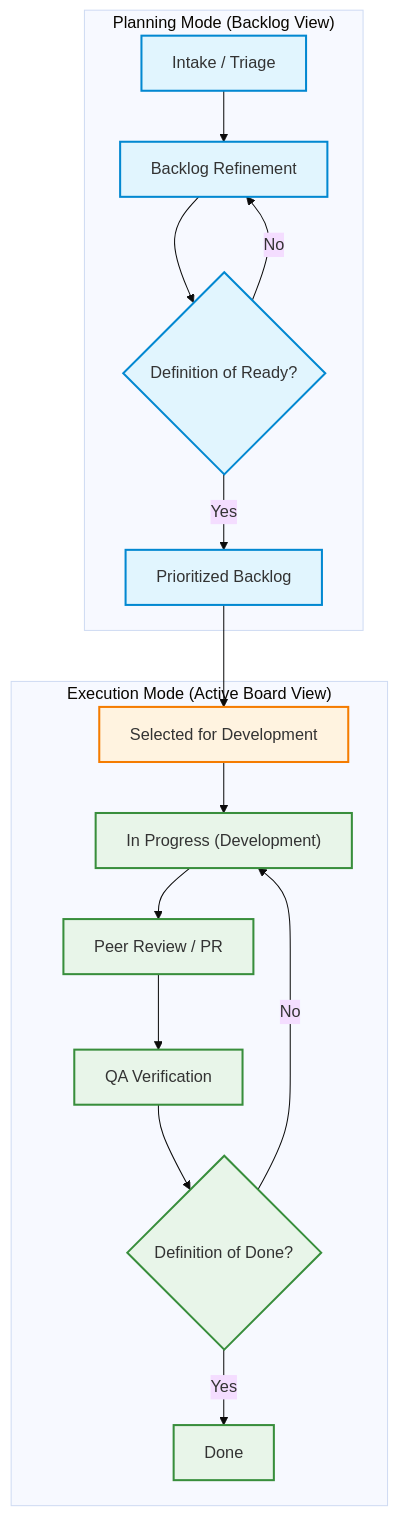
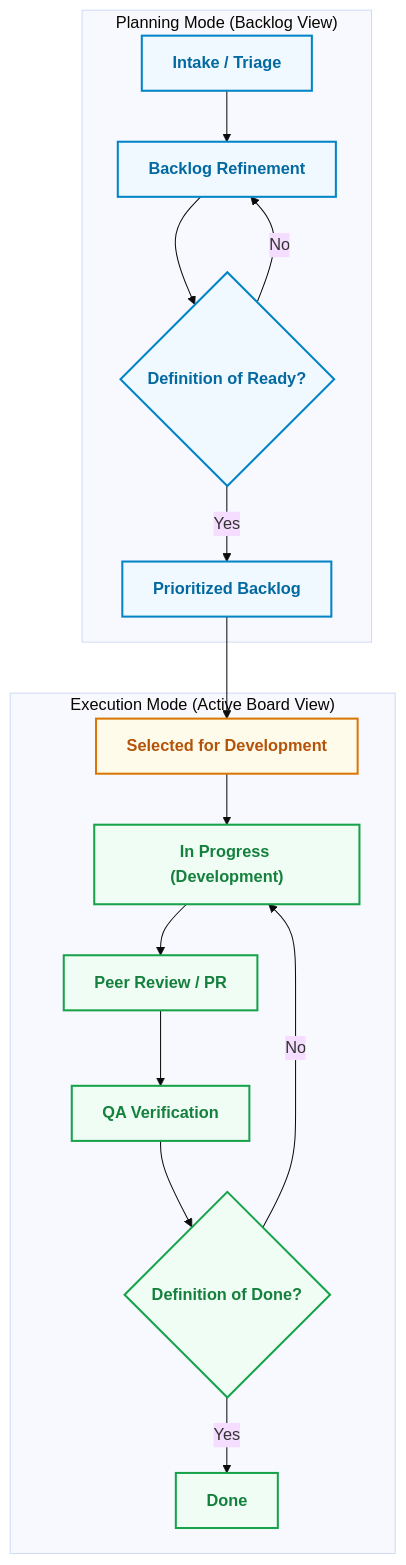
The diagram in README.md (jeangtpr/SDLC), drawn with Mermaid (base theme) before and after one commit.

Commit message:
Enhance Mermaid diagram theme colors for premium aesthetics

````diff
--- a/README.md
+++ b/README.md
@@ -145,32 +145,32 @@
 ```mermaid
 graph TD
     %% Planning Mode (Backlog)
     subgraph Planning ["Planning Mode (Backlog View)"]
         A["Intake / Triage"] --> B["Backlog Refinement"]
         B --> C{"Definition of Ready?"}
         C -- No --> B
         C -- Yes --> D["Prioritized Backlog"]
     end
 
     %% Transition Point
     D --> E["Selected for Development"]
     
     %% Execution Mode (Active Board)
     subgraph Execution ["Execution Mode (Active Board View)"]
         E --> F["In Progress (Development)"]
         F --> G["Peer Review / PR"]
         G --> H["QA Verification"]
         H --> I{"Definition of Done?"}
         I -- No --> F
         I -- Yes --> J["Done"]
     end
 
     %% Styles
-    classDef planning fill:#e1f5fe,stroke:#0288d1,stroke-width:2px;
-    classDef execution fill:#e8f5e9,stroke:#388e3c,stroke-width:2px;
-    classDef transition fill:#fff3e0,stroke:#f57c00,stroke-width:2px;
+    classDef planning fill:#f0f9ff,stroke:#0284c7,stroke-width:2px,color:#0369a1,font-weight:bold;
+    classDef execution fill:#f0fdf4,stroke:#16a34a,stroke-width:2px,color:#15803d,font-weight:bold;
+    classDef transition fill:#fffbeb,stroke:#d97706,stroke-width:2px,color:#b45309,font-weight:bold;
     
     class A,B,C,D planning;
     class E transition;
     class F,G,H,I,J execution;
 ```
````
